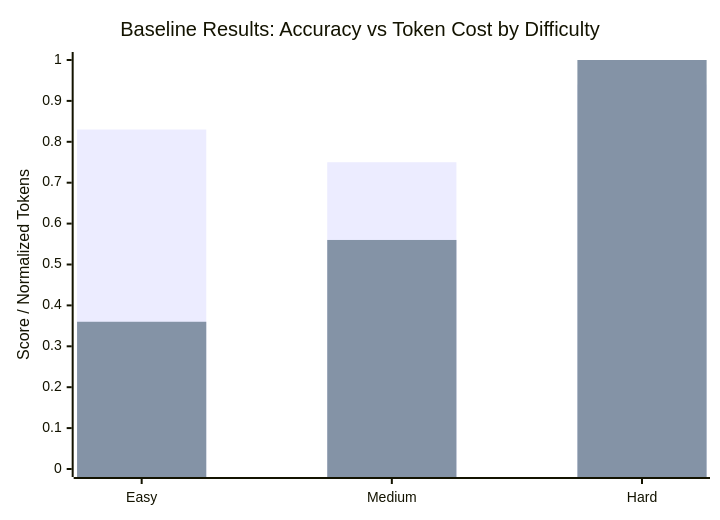
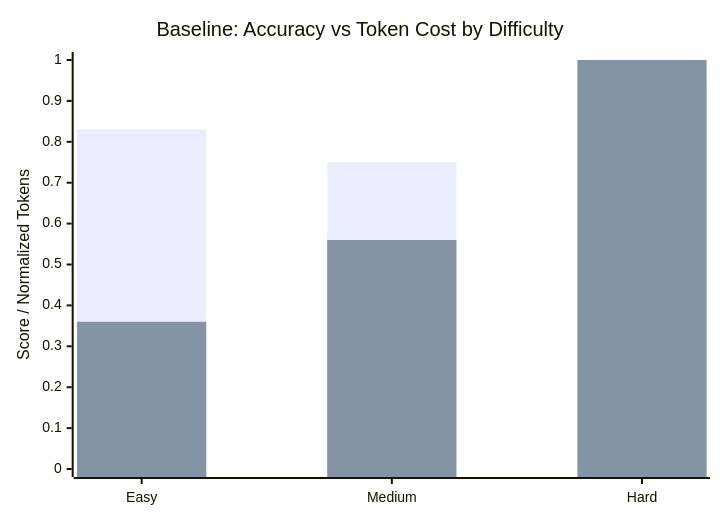
Before and after one commit to KalharPandya/terraform-smart-context-mcp-42: the second of 2 diagrams in reports/progress-report.md, drawn with Mermaid. The commit also changed other lines of this file and 1 other file, not shown here.

````diff
--- a/reports/progress-report.md
+++ b/reports/progress-report.md
@@ -451,8 +187,8 @@
 ```mermaid
 xychart-beta
-    title "Baseline Results: Accuracy vs Token Cost by Difficulty"
+    title "Baseline: Accuracy vs Token Cost by Difficulty"
     x-axis ["Easy", "Medium", "Hard"]
     y-axis "Score / Normalized Tokens" 0 --> 1.0
     bar "Accuracy" [0.83, 0.75, 0.94]
     bar "Token Cost (normalized)" [0.36, 0.56, 1.0]
 ```
````
